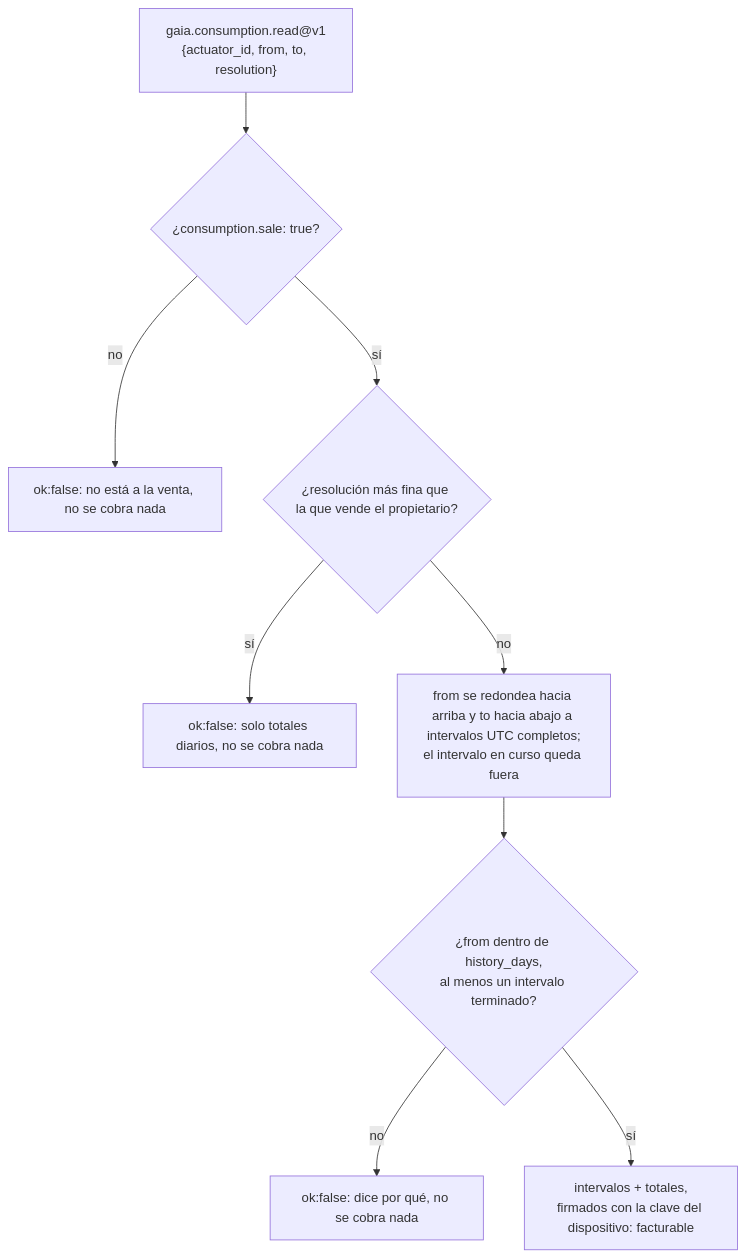
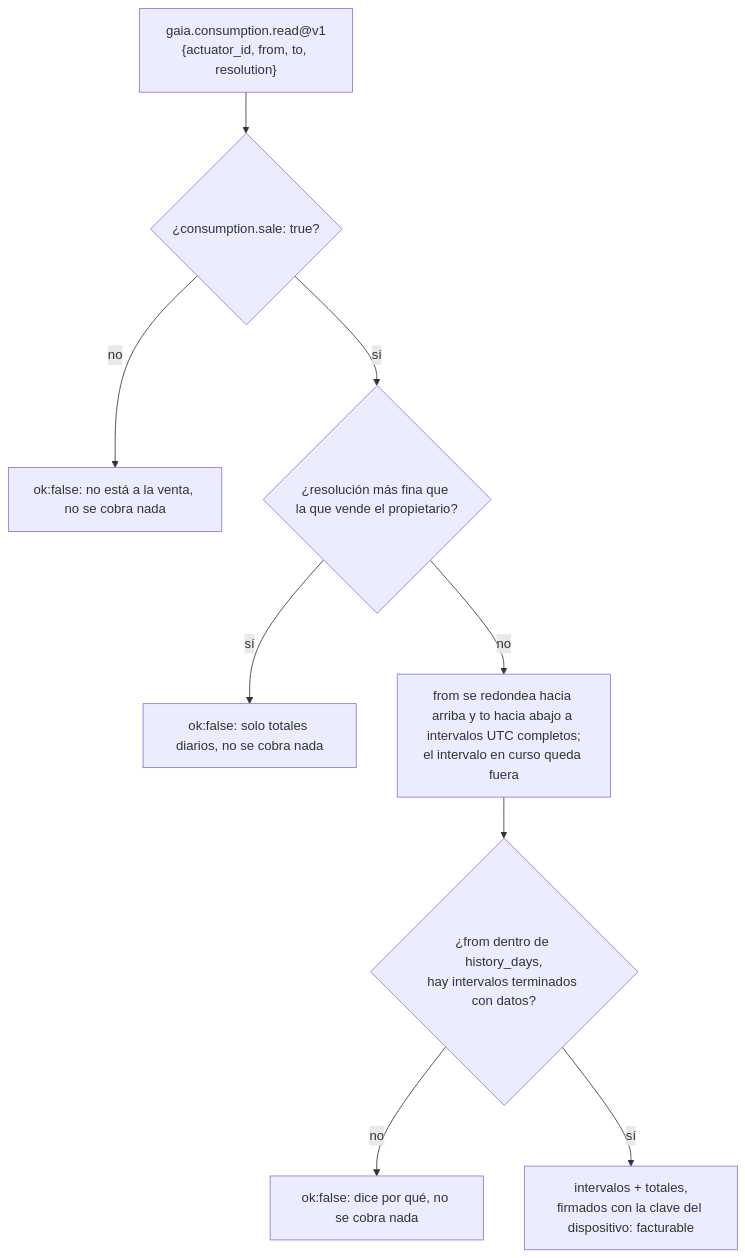
The eighth of 8 diagrams in docs/i18n/ACTUATION.es.md (alexar76/gaia), drawn with Mermaid before and after one commit. The commit also changed other lines of this file and 7 other files, not shown here.

````diff
--- a/docs/i18n/ACTUATION.es.md
+++ b/docs/i18n/ACTUATION.es.md
@@ -474,11 +474,11 @@
 ```mermaid
 flowchart TD
     Q["gaia.consumption.read@v1<br/>{actuator_id, from, to, resolution}"] --> A{"¿consumption.sale: true?"}
     A -- no --> X1["ok:false: no está a la venta, no se cobra nada"]
     A -- sí --> B{"¿resolución más fina que la que vende el propietario?"}
     B -- sí --> X2["ok:false: solo totales diarios, no se cobra nada"]
     B -- no --> C["from se redondea hacia arriba y to hacia abajo a intervalos UTC completos;<br/>el intervalo en curso queda fuera"]
-    C --> D{"¿from dentro de history_days,<br/>al menos un intervalo terminado?"}
+    C --> D{"¿from dentro de history_days,<br/>hay intervalos terminados con datos?"}
     D -- no --> X3["ok:false: dice por qué, no se cobra nada"]
     D -- sí --> E["intervalos + totales,<br/>firmados con la clave del dispositivo: facturable"]
 ```
````
